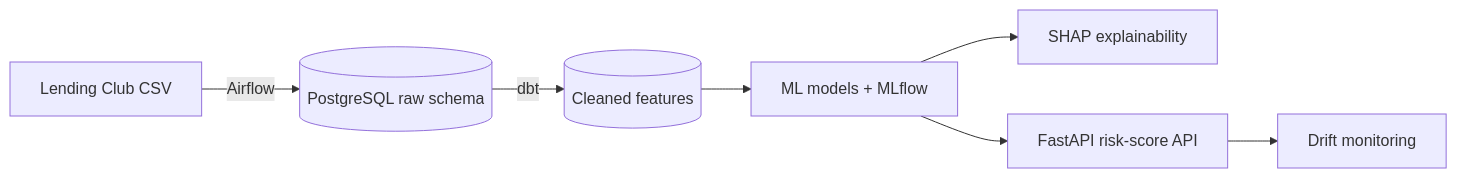
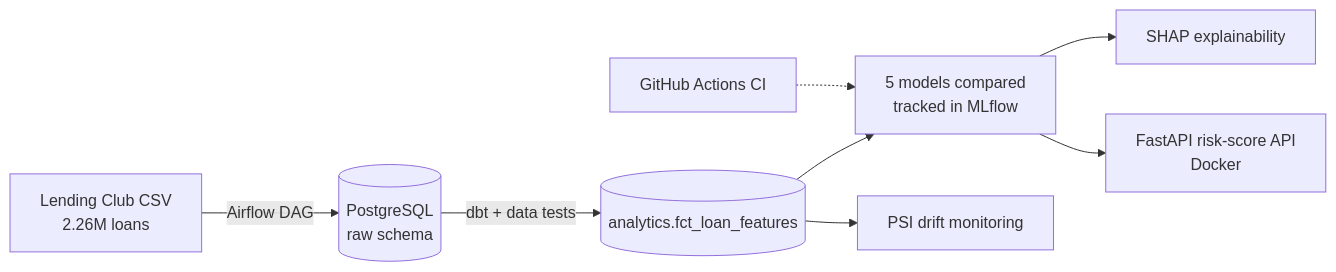
The diagram in README.md (BESWATHI/loan-default-pipeline), drawn with Mermaid before and after one commit. The commit also changed other lines of this file and 42 other files, not shown here.

````diff
--- a/README.md
+++ b/README.md
@@ -7,9 +9,10 @@
 ```mermaid
 flowchart LR
-    A[Lending Club CSV] -->|Airflow| B[(PostgreSQL raw schema)]
-    B -->|dbt| C[(Cleaned features)]
-    C --> D[ML models + MLflow]
+    A[Lending Club CSV<br/>2.26M loans] -->|Airflow DAG| B[(PostgreSQL<br/>raw schema)]
+    B -->|dbt + data tests| C[(analytics.fct_loan_features)]
+    C --> D[5 models compared<br/>tracked in MLflow]
     D --> E[SHAP explainability]
-    D --> F[FastAPI risk-score API]
-    F --> G[Drift monitoring]
+    D --> F[FastAPI risk-score API<br/>Docker]
+    C --> G[PSI drift monitoring]
+    H[GitHub Actions CI] -.-> D
 ```
````
